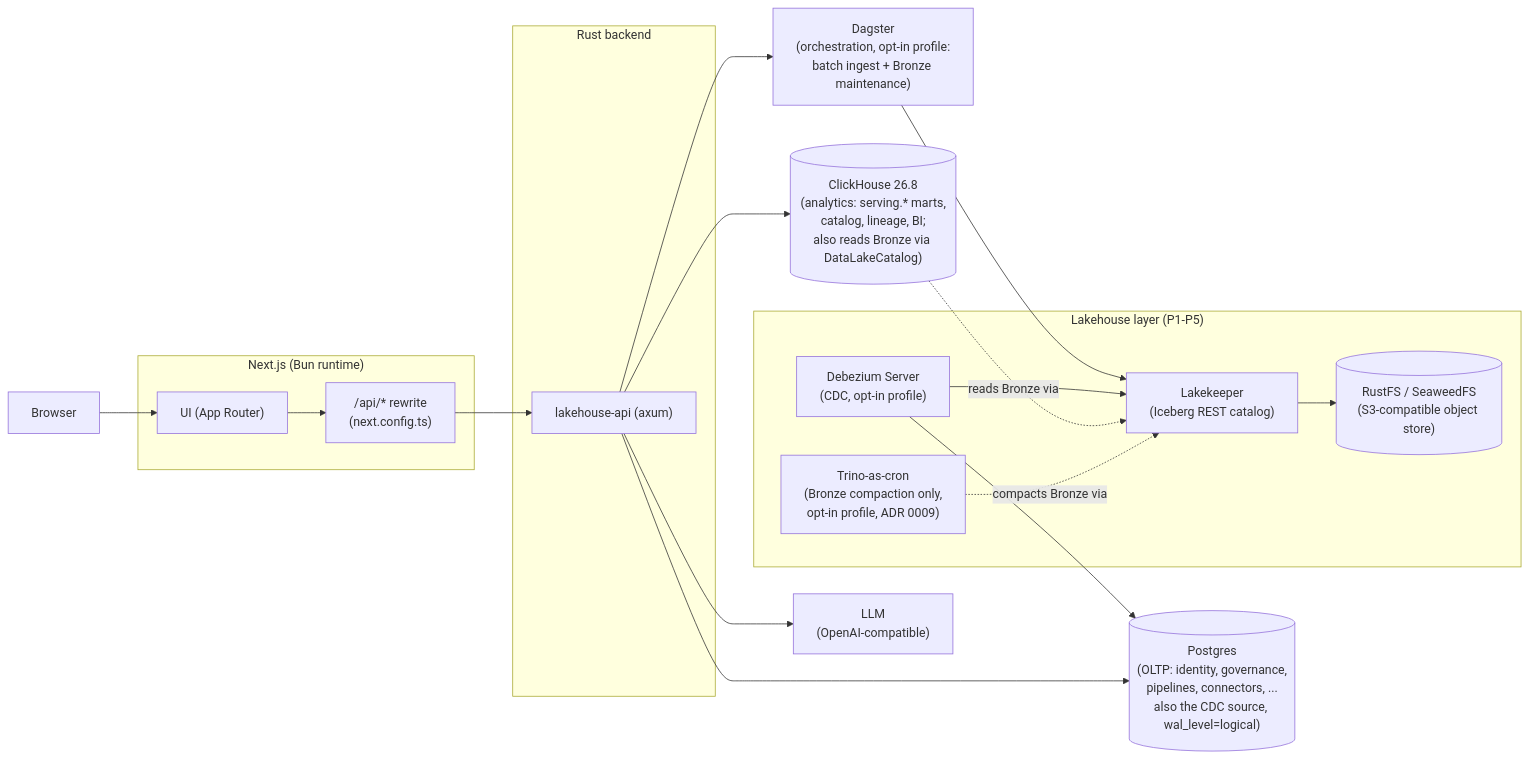
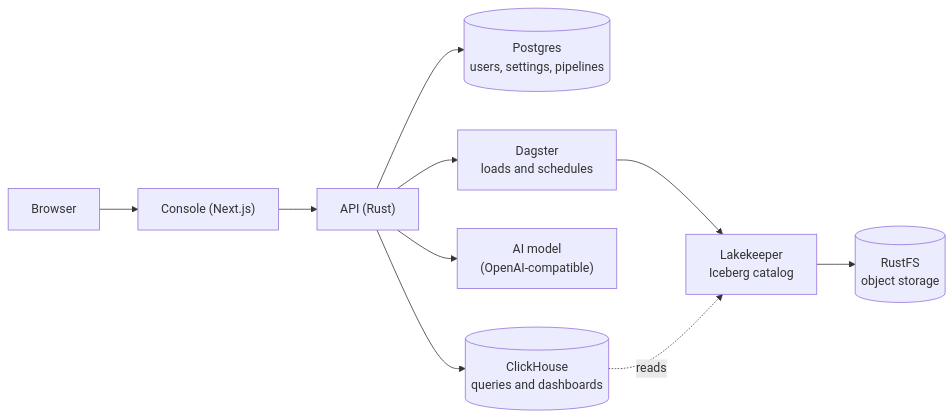
One commit to RantAI-dev/RantAI-Lakehouse changed the diagram in README.md. Above: the diagram before and after it, drawn with Mermaid. The commit also changed other lines of this file and 9 other files, not shown here.

````diff
--- a/README.md
+++ b/README.md
@@ -29,39 +172,12 @@
 ```mermaid
 flowchart LR
-    Browser["Browser"]
-
-    subgraph Frontend["Next.js (Bun runtime)"]
-        UI["UI (App Router)"]
-        Rewrite["/api/* rewrite\n(next.config.ts)"]
-    end
-
-    subgraph Backend["Rust backend"]
-        API["lakehouse-api (axum)"]
-    end
-
-    Postgres[("Postgres\n(OLTP: identity, governance,\npipelines, connectors, ...\nalso the CDC source, wal_level=logical)")]
-    ClickHouse[("ClickHouse 26.8\n(analytics: serving.* marts,\ncatalog, lineage, BI;\nalso reads Bronze via DataLakeCatalog)")]
-    Dagster["Dagster\n(orchestration, opt-in profile:\nbatch ingest + Bronze maintenance)"]
-    LLM["LLM\n(OpenAI-compatible)"]
-
-    subgraph Lakehouse["Lakehouse layer (P1-P5)"]
-        Lakekeeper["Lakekeeper\n(Iceberg REST catalog)"]
-        RustFS[("RustFS / SeaweedFS\n(S3-compatible object store)")]
-        Debezium["Debezium Server\n(CDC, opt-in profile)"]
-        Trino["Trino-as-cron\n(Bronze compaction only,\nopt-in profile, ADR 0009)"]
-    end
-
-    Browser --> UI
-    UI --> Rewrite
-    Rewrite --> API
-    API --> Postgres
-    API --> ClickHouse
-    API --> Dagster
-    API --> LLM
-    Dagster --> Lakekeeper
-    Debezium --> Lakekeeper
-    Debezium --> Postgres
-    Lakekeeper --> RustFS
-    ClickHouse -. reads Bronze via .-> Lakekeeper
-    Trino -. compacts Bronze via .-> Lakekeeper
+    Browser --> Console["Console (Next.js)"]
+    Console --> API["API (Rust)"]
+    API --> Postgres[("Postgres<br/>users, settings, pipelines")]
+    API --> ClickHouse[("ClickHouse<br/>queries and dashboards")]
+    API --> LLM["AI model<br/>(OpenAI-compatible)"]
+    API --> Dagster["Dagster<br/>loads and schedules"]
+    Dagster --> Lakekeeper["Lakekeeper<br/>Iceberg catalog"]
+    Lakekeeper --> Storage[("RustFS<br/>object storage")]
+    ClickHouse -. reads .-> Lakekeeper
 ```
````
